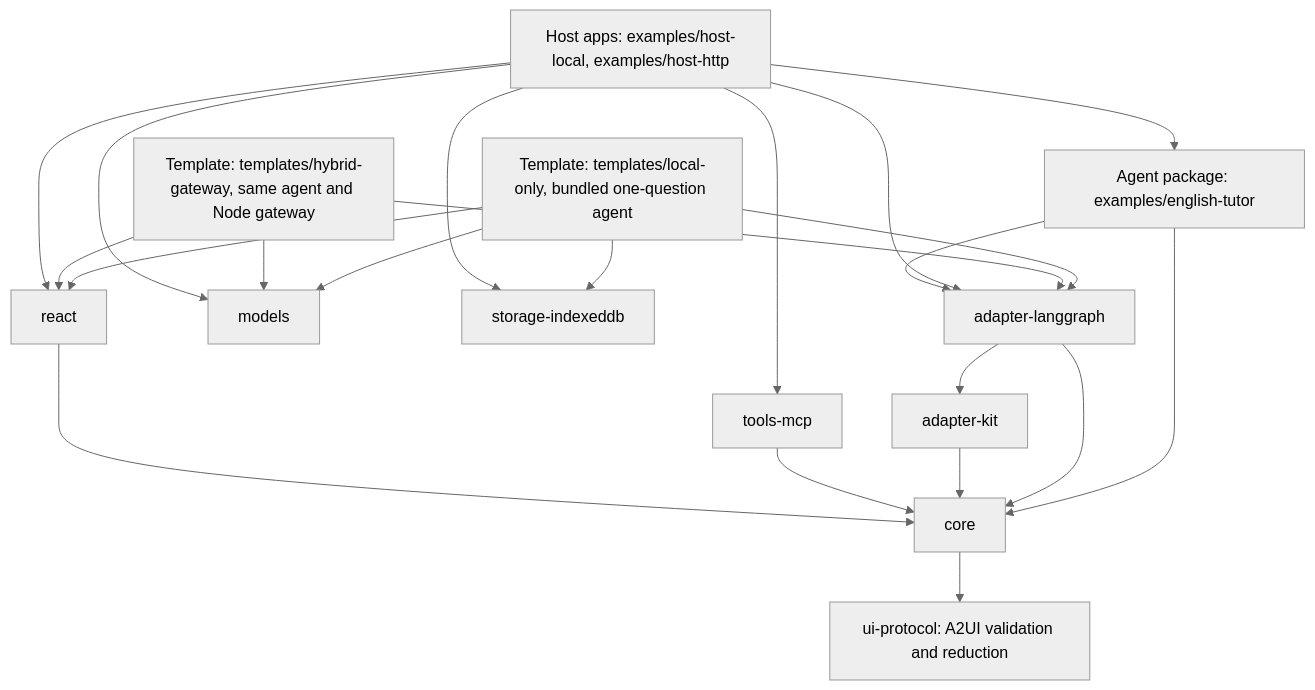
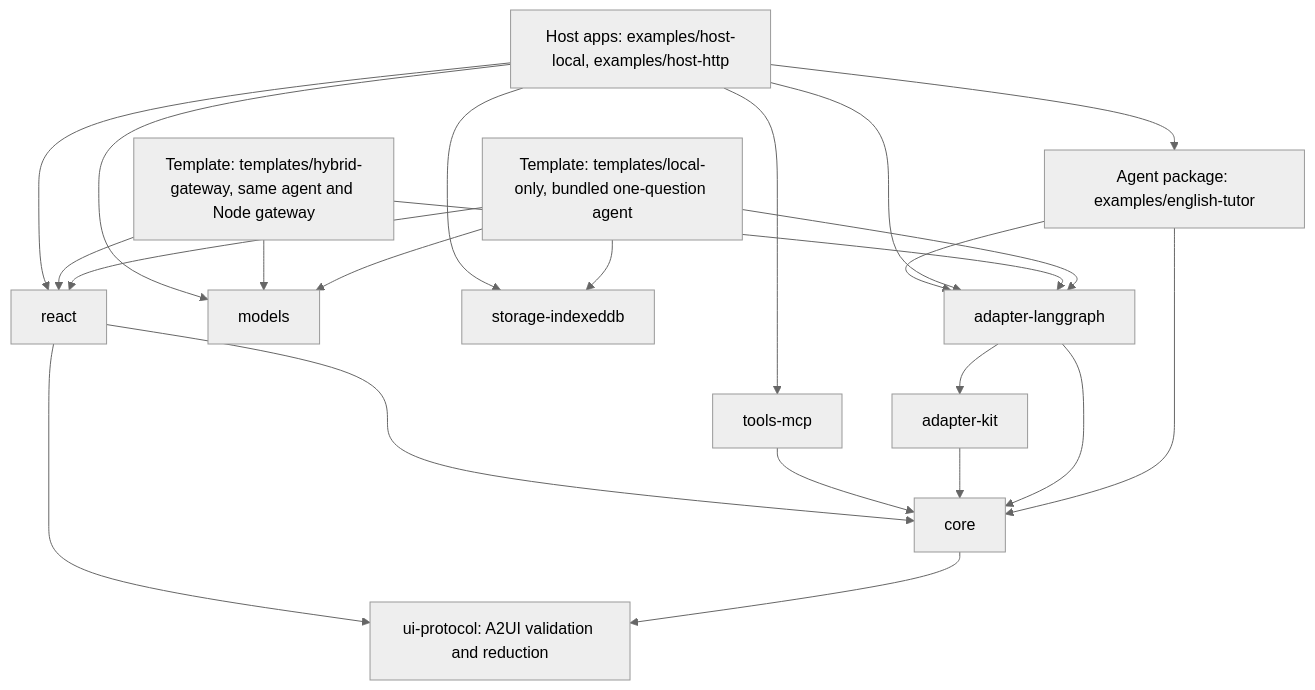
The second of 8 diagrams in docs/system-design.md (vinhnxv/galaxie), drawn with Mermaid (neutral theme) before and after one commit. The commit also changed other lines of this file and 25 other files, not shown here.

````diff
--- a/docs/system-design.md
+++ b/docs/system-design.md
@@ -94,16 +94,16 @@
 ```mermaid
 flowchart TD
     Host["Host apps: examples/host-local, examples/host-http"]
     Starter["Template: templates/local-only, bundled one-question agent"]
     Starter --> Adapter & Models & Storage & ReactPkg
     HybridStarter["Template: templates/hybrid-gateway, same agent and Node gateway"]
     HybridStarter --> Adapter & Models & ReactPkg
     Tutor["Agent package: examples/english-tutor"]
     Host --> Tutor
     Host --> Adapter["adapter-langgraph"] & Models["models"] & Mcp["tools-mcp"] & Storage["storage-indexeddb"] & ReactPkg["react"]
     Tutor --> Core["core"] & Adapter
     Adapter --> Kit["adapter-kit"]
     Protocol["ui-protocol: A2UI validation and reduction"]
     Adapter & Kit & Mcp & ReactPkg --> Core
-    Core --> Protocol
+    Core & ReactPkg --> Protocol
 ```
````
